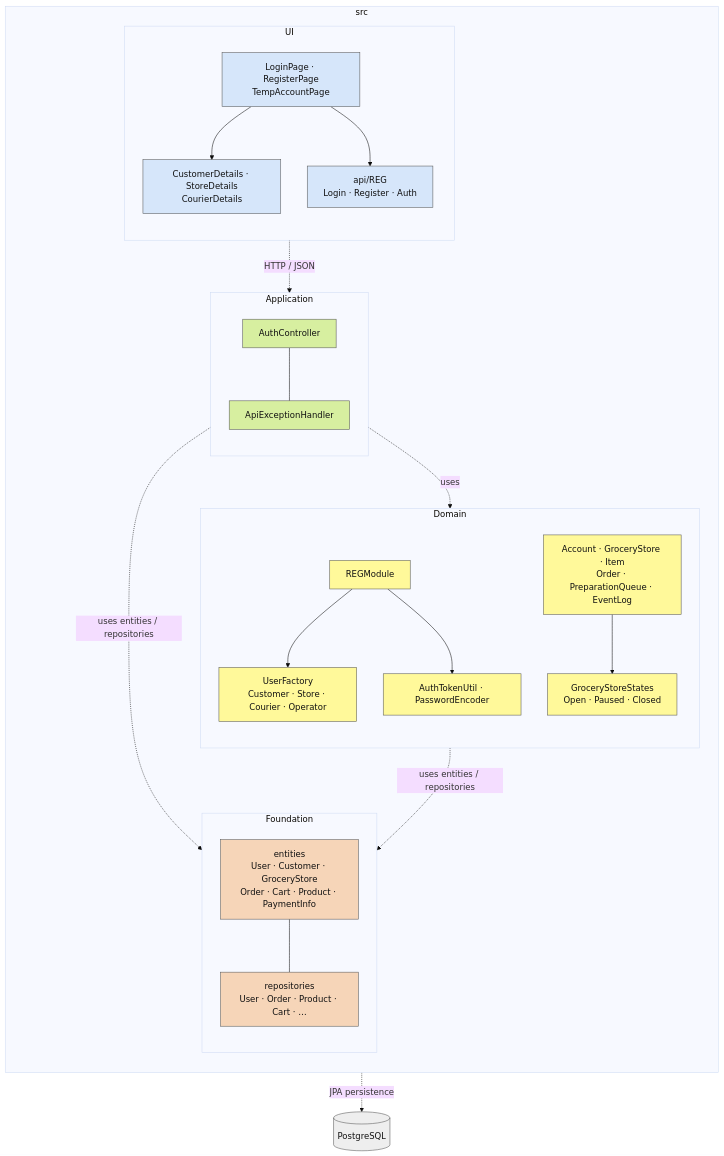
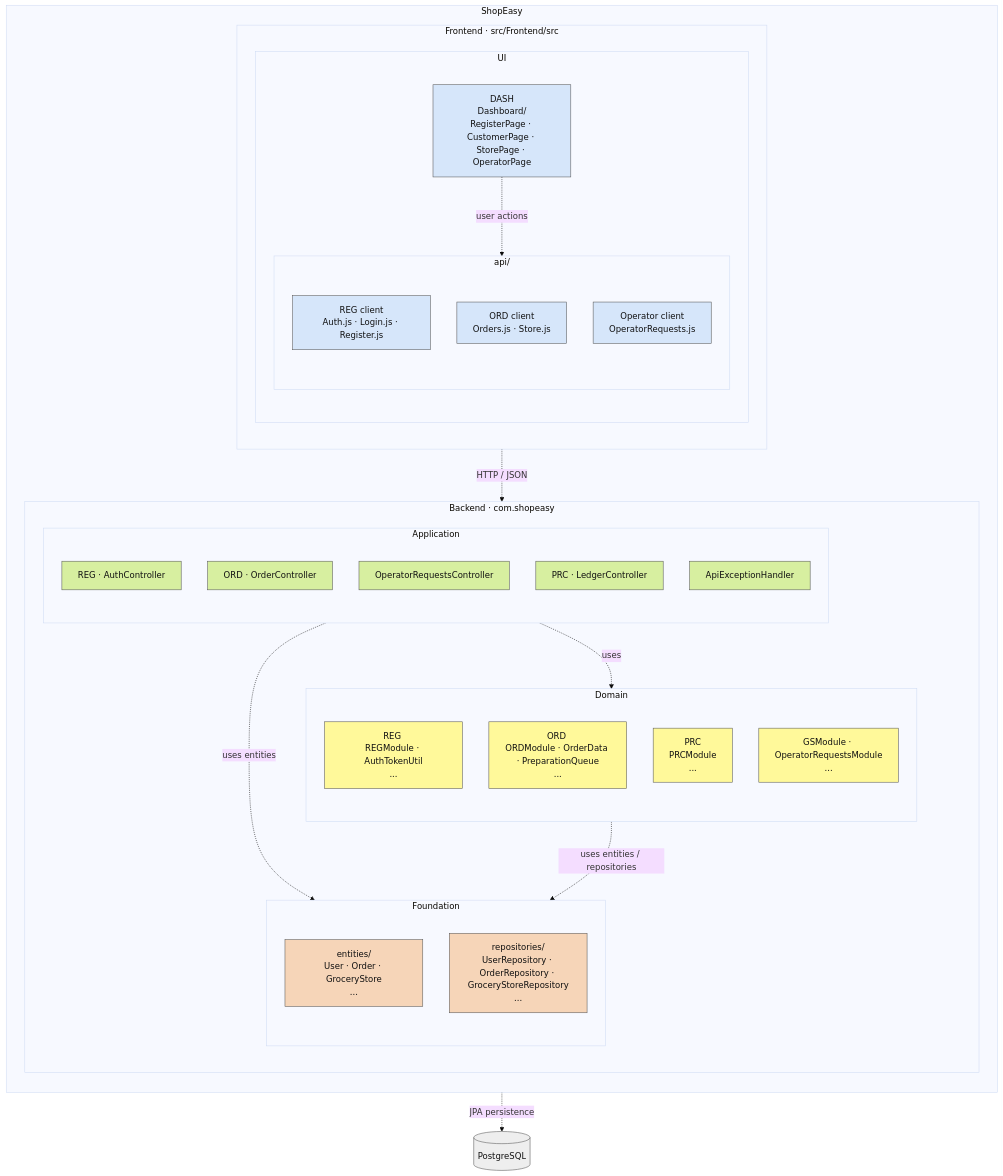
The diagram in Documentation/Package Diagram.md (blondedzero/Init-to-Win-It_SOEN-343-HI_MTL-Eats-Project_F26), drawn with Mermaid (base theme) before and after one commit. The commit also changed 16 other files, not shown here.

Commit message:
added: operators can see all stores and change store status, updated package diagram

````diff
--- a/Documentation/Package Diagram.md
+++ b/Documentation/Package Diagram.md
@@ -3,60 +3,71 @@
 ```mermaid
 flowchart TB
-    subgraph src["src"]
+    subgraph system["ShopEasy"]
         direction TB
 
-        subgraph ui["UI"]
+        subgraph frontend["Frontend · src/Frontend/src"]
             direction TB
-            pages["LoginPage · RegisterPage<br/>TempAccountPage"]
-            widgets["CustomerDetails · StoreDetails<br/>CourierDetails"]
-            client["api/REG<br/>Login · Register · Auth"]
-            pages --> widgets
-            pages --> client
+
+            subgraph dashModule["UI"]
+                direction TB
+                dashboard["DASH<br/>Dashboard/<br/>RegisterPage · CustomerPage · StorePage · OperatorPage"]
+                subgraph api["api/"]
+                    direction TB
+                    regClient["REG client<br/>Auth.js · Login.js · Register.js"]
+                    ordClient["ORD client<br/>Orders.js · Store.js"]
+                    operatorClient["Operator client<br/>OperatorRequests.js"]
+                end
+                dashboard -. "user actions" .-> api
+            end
+
         end
 
-        subgraph application["Application"]
+        subgraph backend["Backend · com.shopeasy"]
             direction TB
-            web["AuthController"]
-            errors["ApiExceptionHandler"]
-            web --- errors
+
+            subgraph application["Application"]
+                direction TB
+                authController["REG · AuthController"]
+                orderController["ORD · OrderController"]
+                operatorController["OperatorRequestsController"]
+                prcController["PRC · LedgerController"]
+                exceptionHandler["ApiExceptionHandler"]
+            end
+
+            subgraph domain["Domain"]
+                direction TB
+                reg["REG <br/>REGModule · AuthTokenUtil<br/>..."]
+                ord["ORD <br/>ORDModule · OrderData · PreparationQueue<br/>..."]
+                prc["PRC <br/>PRCModule<br/>..."]
+                supporting["GSModule · OperatorRequestsModule<br/>..."]
+            end
+
+            subgraph foundation["Foundation"]
+                direction TB
+                entities["entities/<br/>User · Order · GroceryStore<br/>..."]
+                repositories["repositories/<br/>UserRepository · OrderRepository · GroceryStoreRepository<br/>..."]
+            end
+
+
+            application -. "uses" .-> domain
+            application -. "uses entities" .-> foundation
+            domain -. "uses entities / repositories" .-> foundation
         end
 
-        subgraph domain["Domain"]
-            direction TB
-            registration["REGModule"]
-            auth["AuthTokenUtil · PasswordEncoder"]
-            factories["UserFactory<br/>Customer · Store · Courier · Operator"]
-            models["Account · GroceryStore · Item<br/>Order · PreparationQueue · EventLog"]
-            states["GroceryStoreStates<br/>Open · Paused · Closed"]
-            registration --> factories
-            registration --> auth
-            models --> states
-        end
-
-        subgraph foundation["Foundation"]
-            direction TB
-            entities["entities<br/>User · Customer · GroceryStore<br/>Order · Cart · Product · PaymentInfo"]
-            repositories["repositories<br/>User · Order · Product · Cart · …"]
-            entities --- repositories
-        end
-
-        ui -. "HTTP / JSON" .-> application
-        application -. "uses" .-> domain
-        application -. "uses entities / repositories" .-> foundation
-        domain -. "uses entities / repositories" .-> foundation
+        api -. "HTTP / JSON" .-> application
     end
 
     database[("PostgreSQL")]
     foundation -. "JPA persistence" .-> database
 
     classDef uiStyle fill:#d6e6fa,stroke:#555,color:#111
     classDef appStyle fill:#d7efa0,stroke:#555,color:#111
     classDef domainStyle fill:#fff99a,stroke:#555,color:#111
     classDef foundationStyle fill:#f6d5b8,stroke:#555,color:#111
     classDef databaseStyle fill:#eeeeee,stroke:#555,color:#111
-    class pages,widgets,client uiStyle
-    class web,errors appStyle
-    class registration,auth,factories,models,states domainStyle
+    class dashboard,regClient,ordClient,operatorClient uiStyle
+    class authController,orderController,operatorController,prcController,exceptionHandler appStyle
+    class reg,ord,prc,supporting domainStyle
     class entities,repositories foundationStyle
     class database databaseStyle
 ```
````
